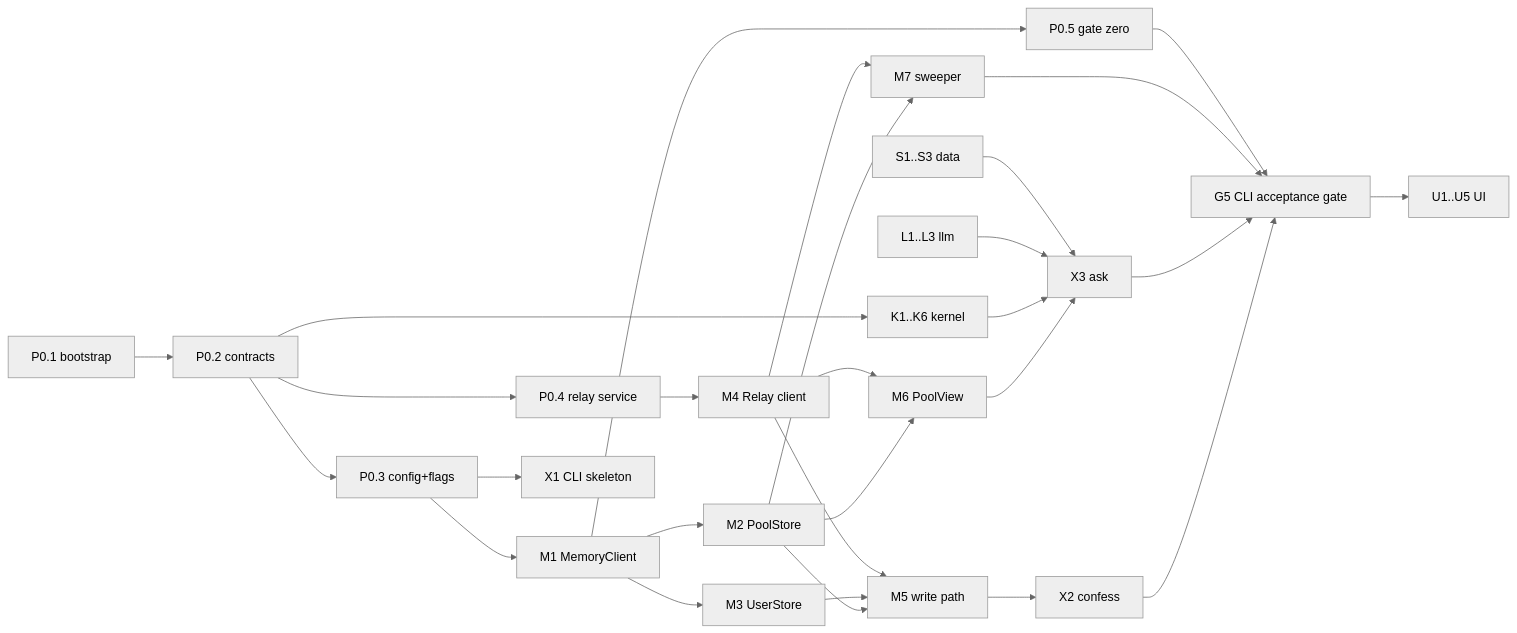
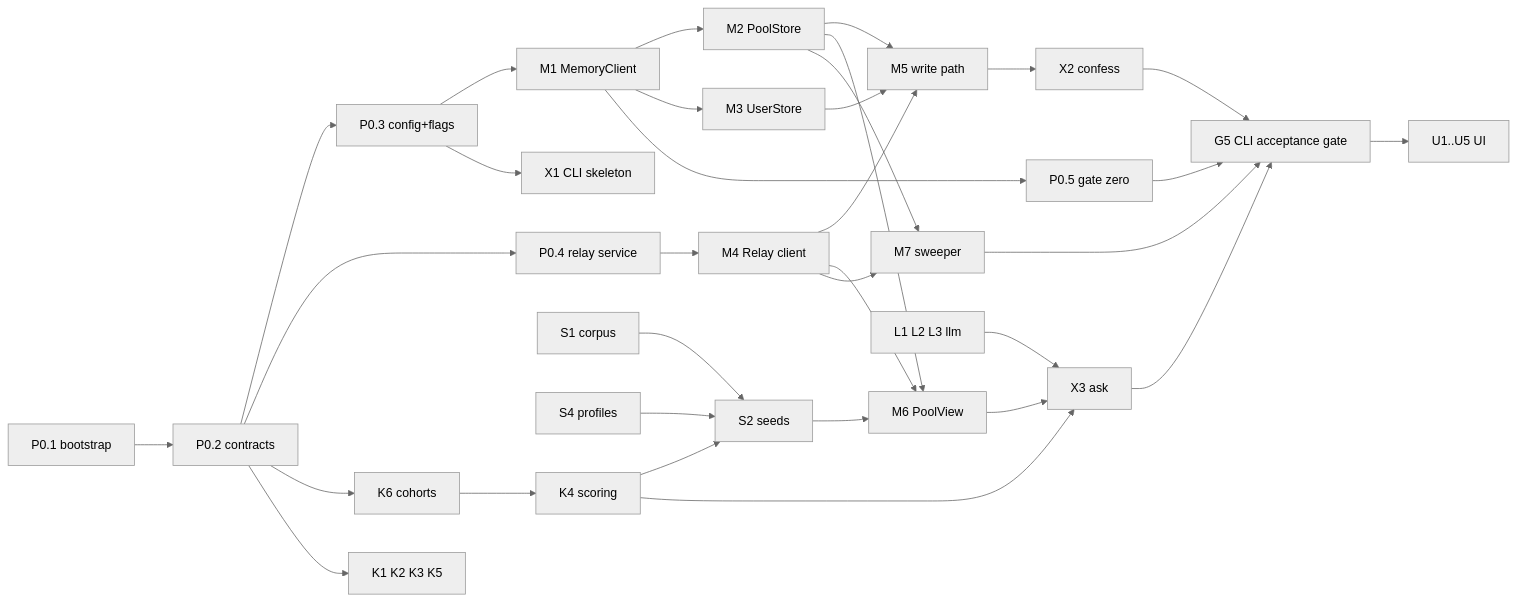
One commit to Gambappe/Foodictador changed the diagram in docs/confit-v0.8-task-dag.md. Above: the diagram before and after it, drawn with Mermaid (neutral theme). The commit also changed other lines of this file and 3 other files, not shown here.

````diff
--- a/docs/confit-v0.8-task-dag.md
+++ b/docs/confit-v0.8-task-dag.md
@@ -140,30 +160,35 @@
 ```mermaid
 flowchart LR
   P01[P0.1 bootstrap] --> P02[P0.2 contracts]
   P02 --> P03[P0.3 config+flags]
   P02 --> P04[P0.4 relay service]
-  P02 --> K[K1..K6 kernel]
+  P02 --> K6[K6 cohorts]
+  K6 --> K4[K4 scoring]
+  P02 --> KR[K1 K2 K3 K5]
   P03 --> M1[M1 MemoryClient]
   M1 --> M2[M2 PoolStore]
   M1 --> M3[M3 UserStore]
   P04 --> M4[M4 Relay client]
   M2 --> M5[M5 write path]
   M3 --> M5
   M4 --> M5
-  M2 --> M6[M6 PoolView]
+  K4 --> S2[S2 seeds]
+  S1[S1 corpus] --> S2
+  S4[S4 profiles] --> S2
+  S2 --> M6[M6 PoolView]
+  M2 --> M6
   M4 --> M6
   M2 --> M7[M7 sweeper]
   M4 --> M7
   M1 --> P05[P0.5 gate zero]
   P03 --> X1[X1 CLI skeleton]
   M5 --> X2[X2 confess]
   M6 --> X3[X3 ask]
-  K --> X3
-  L[L1..L3 llm] --> X3
-  S[S1..S3 data] --> X3
+  K4 --> X3
+  L[L1 L2 L3 llm] --> X3
   X2 --> G5[G5 CLI acceptance gate]
   X3 --> G5
   M7 --> G5
   P05 --> G5
   G5 --> U[U1..U5 UI]
 ```
````
